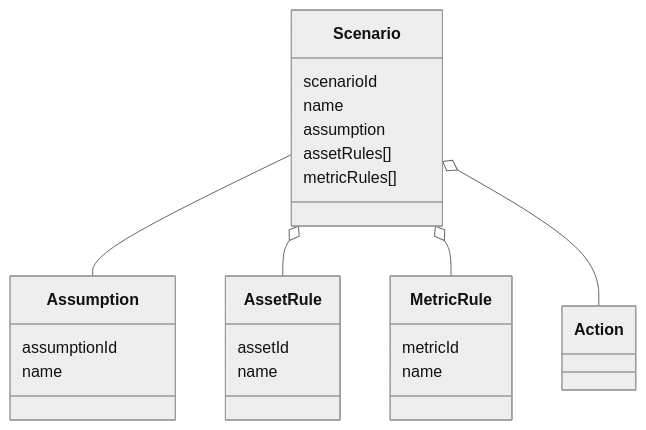
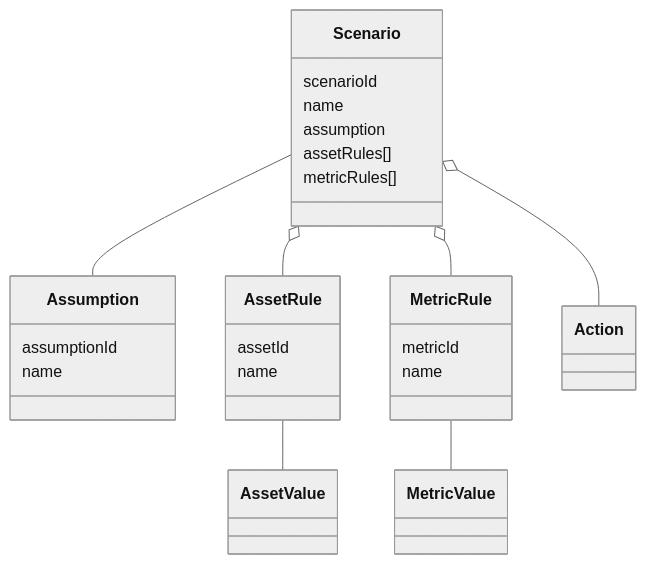
One commit to hmzk0312/FinancesDSL changed the second of 6 diagrams in README.md. Above: the diagram before and after it, drawn with Mermaid (neutral theme). The commit also changed other lines of this file, not shown here.

````diff
--- a/README.md
+++ b/README.md
@@ -55,31 +57,33 @@
 ```mermaid
 classDiagram
     Scenario --  Assumption
     Scenario o-- AssetRule
     Scenario o-- MetricRule
     Scenario o-- Action
+    AssetRule -- AssetValue
+    MetricRule -- MetricValue
 
 class Scenario{
     scenarioId
     name
     assumption
     assetRules[]
     metricRules[]
 }
 
 class Assumption{
     assumptionId
     name
 }
 
 class AssetRule{
     assetId
     name
 }
 
 class MetricRule{
     metricId
     name
 }
 
 ```
````
